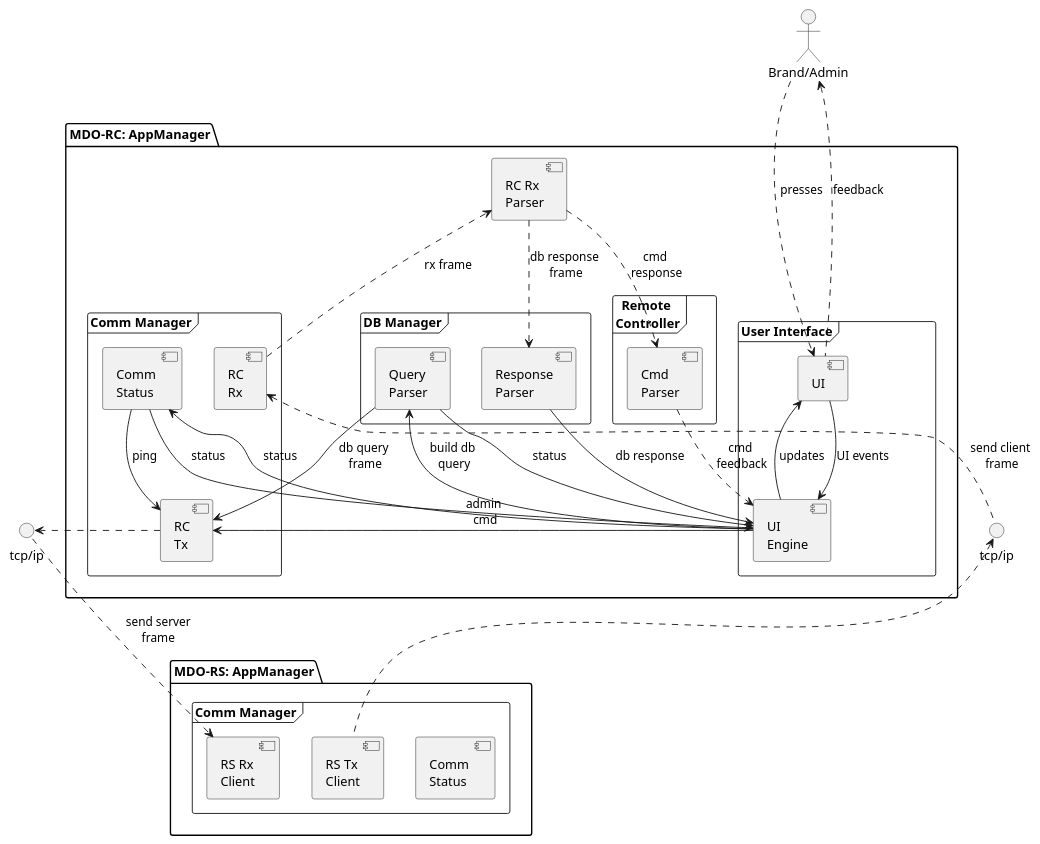
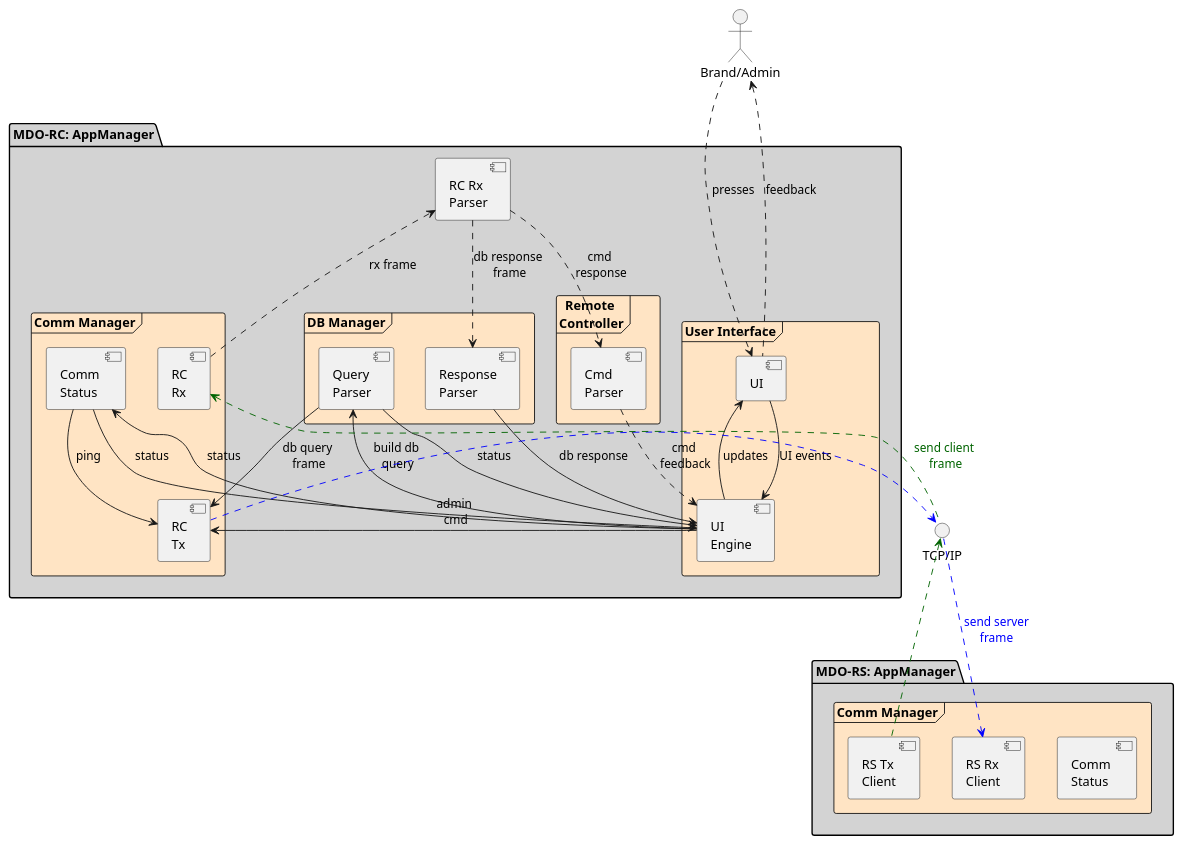
One commit to ElectroQuanta/MDO changed diagram 30 of 59 in Proj/readme.org. Above: the diagram before and after it, drawn with PlantUML. The commit also changed other lines of this file and 10 other files, not shown here.

```diff
--- a/Proj/readme.org
+++ b/Proj/readme.org
@@ -1915,73 +1915,73 @@
   #+BEGIN_SRC plantuml :file diags/plantuml/component-diag/output/component-diag-rc.png
 @startuml
 ''left to right direction
 skinparam fixCircleLabelOverlapping true
 '' participants definition
 actor "Brand/Admin" as User
 
-package "MDO-RC: AppManager" {
+package "MDO-RC: AppManager" #lightgrey{
   ''HTTP - [UI]
   ''[  UI\n << Qt >>] as UI
-  frame "User Interface"{
+  frame "User Interface" #bisque{
   [UI] as UI
   [UI \nEngine] as UIE
   }
-  frame "DB Manager" as DBM{
+  frame "DB Manager" as DBM #bisque{
   [Query\nParser] as QP
   [Response\nParser] as RP
   }
-  frame "Comm Manager" as CM{
+  frame "Comm Manager" as CM #bisque{
   [Comm \nStatus] as RCS
   [RC\nTx] as RCT
   [RC\nRx] as RCR
   }
   [RC Rx\nParser] as RCRP
-  frame "Remote \nController" as REMCTL{
+  frame "Remote \nController" as REMCTL #bisque{
   [Cmd \nParser] as RCCP
   }
 }
 
 '' ----------- INTERACTIONS
 '' MDO-RC
 [User] .d..> [UI]: presses
 [UI] .u..> [User]: feedback
 [UI] --> [UIE]: UI events
 [UIE] --> [UI]: updates
 [UIE] --> [QP]: build db \nquery
 [UIE] --> [RCT]: admin\n cmd
 [UIE] --> [RCS]: status
 [RCS] --> [UIE]: status
 [RCS] --> [RCT]: ping
 [QP] --> [UIE]: status
 [QP] --> [RCT]: db query \nframe
 [RCR] ..> [RCRP]: rx frame
 [RCRP] ..> [RP]: db response \nframe
 [RCRP] ..> [RCCP]: cmd \nresponse
 [RCCP] ..> [UIE]: cmd \nfeedback
 [RP] --> [UIE]: db response
 
-package "MDO-RS: AppManager"{
+package "MDO-RS: AppManager" #lightgrey{
   ''HTTP - [UI]
-  frame "Comm Manager" as CMS{
+  frame "Comm Manager" as CMS #bisque{
   ''together{
   [Comm \nStatus] as RSS
   [RS Tx \nClient] as RSTC
   [RS Rx \nClient] as RSRC
   ''[RS Tx \nLocal] as RSTL
   ''[RS Rx \nLocal] as RSRL
   ''}
   }
 }
 '' ----------- INTERFACES
-() "tcp/ip" as sockRC_RS
-() "tcp/ip" as sockRS_RC
+() "TCP/IP" as sockRC_RS
+''() "tcp/ip" as sockRS_RC
 
 '' MDO-RS
 '' Client Connections
-[RCT] .r.> sockRC_RS
-sockRC_RS .d.> [RSRC]: send server\nframe
-[RSTC] .u.> sockRS_RC
-sockRS_RC .l.> [RCR]: send client\n frame
+[RCT] .r.> sockRC_RS #blue
+sockRC_RS .d.> [RSRC] #blue: <color:blue>send server\n<color:blue>frame
+[RSTC] .u.> sockRC_RS #darkgreen
+sockRC_RS .l.> [RCR] #darkgreen: <color:darkgreen>send client\n <color:darkgreen>frame
 
 @enduml
   #+END_SRC
```
